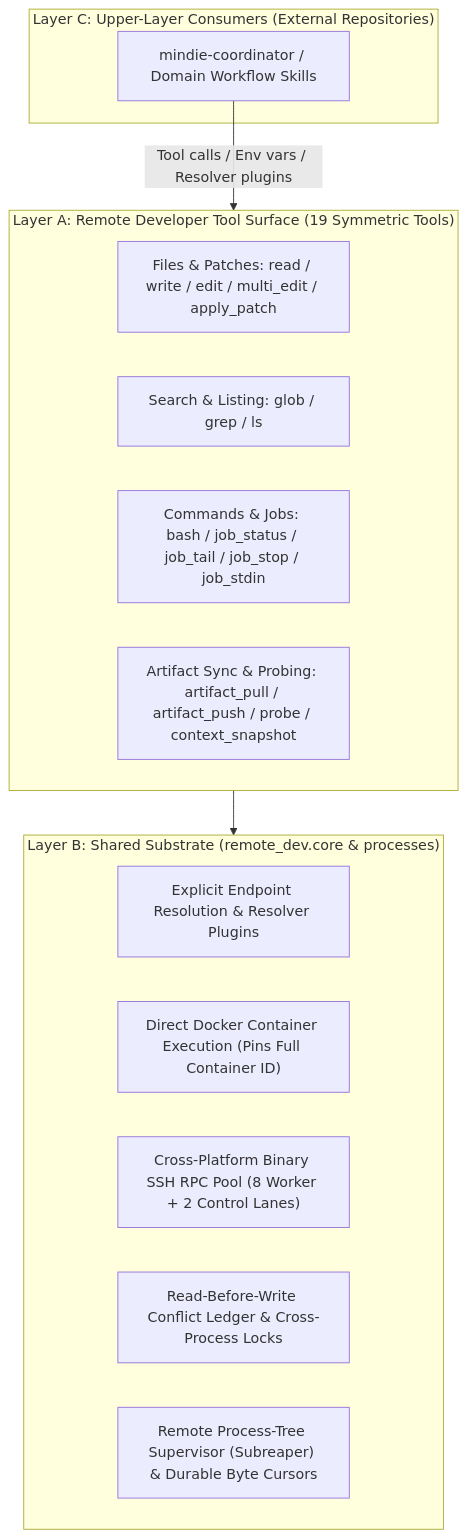
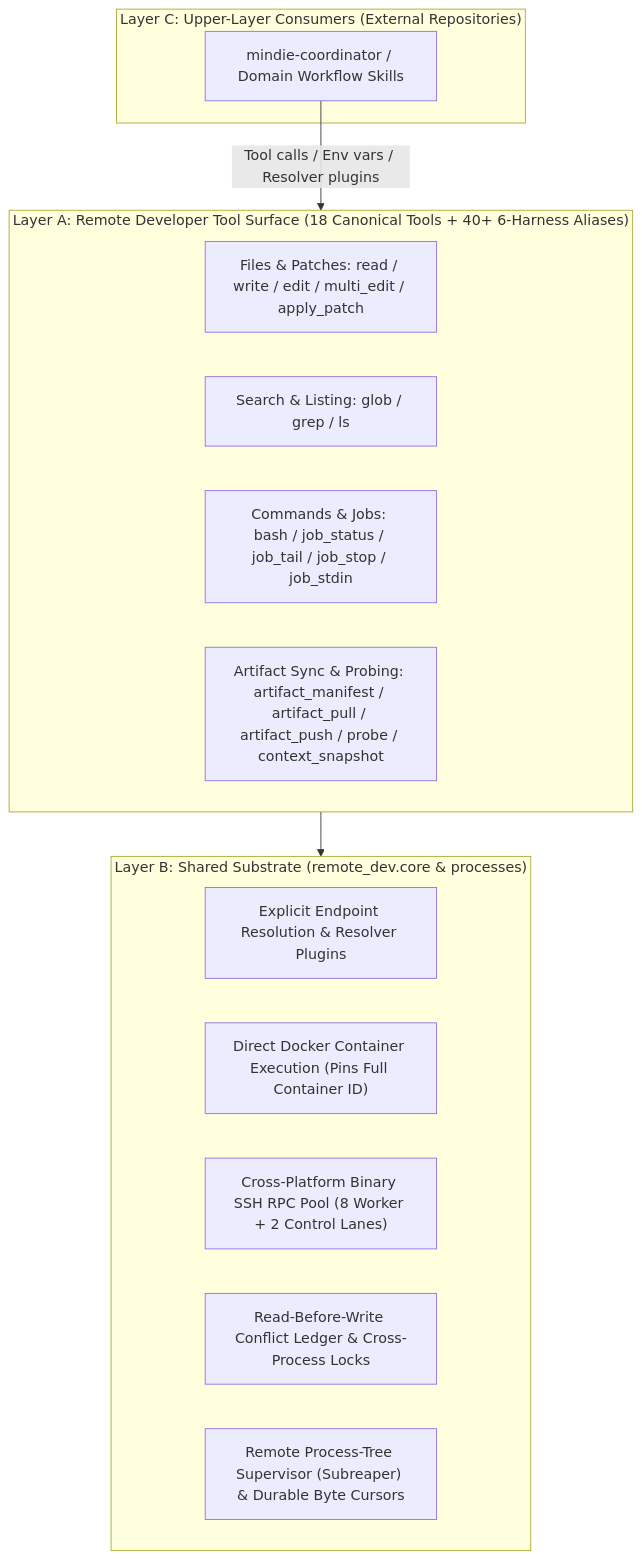
Before and after one commit to mindie-agent/remote-dev: the diagram in DESIGN.md, drawn with Mermaid. The commit also changed other lines of this file and 31 other files, not shown here.

````diff
--- a/DESIGN.md
+++ b/DESIGN.md
@@ -9,24 +9,24 @@
 ```mermaid
 flowchart TB
     subgraph LayerC["Layer C: Upper-Layer Consumers (External Repositories)"]
         Coord["mindie-coordinator / Domain Workflow Skills"]
     end
 
-    subgraph LayerA["Layer A: Remote Developer Tool Surface (19 Symmetric Tools)"]
+    subgraph LayerA["Layer A: Remote Developer Tool Surface (18 Canonical Tools + 40+ 6-Harness Aliases)"]
         FileTools["Files & Patches: read / write / edit / multi_edit / apply_patch"]
         SearchTools["Search & Listing: glob / grep / ls"]
         JobTools["Commands & Jobs: bash / job_status / job_tail / job_stop / job_stdin"]
-        SyncTools["Artifact Sync & Probing: artifact_pull / artifact_push / probe / context_snapshot"]
+        SyncTools["Artifact Sync & Probing: artifact_manifest / artifact_pull / artifact_push / probe / context_snapshot"]
     end
 
     subgraph LayerB["Layer B: Shared Substrate (remote_dev.core & processes)"]
         Endpoint["Explicit Endpoint Resolution & Resolver Plugins"]
         Container["Direct Docker Container Execution (Pins Full Container ID)"]
         RPCPool["Cross-Platform Binary SSH RPC Pool (8 Worker + 2 Control Lanes)"]
         Safety["Read-Before-Write Conflict Ledger & Cross-Process Locks"]
         Supervisor["Remote Process-Tree Supervisor (Subreaper) & Durable Byte Cursors"]
     end
 
     Coord -->|"Tool calls / Env vars / Resolver plugins"| LayerA
     LayerA --> LayerB
 ```
````
